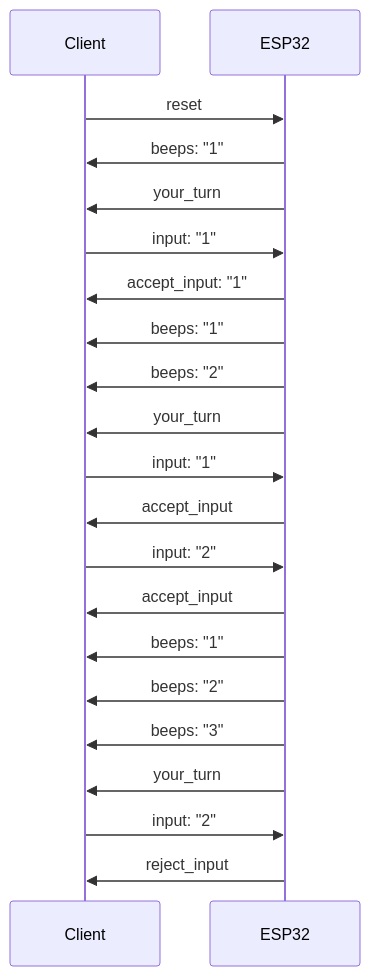
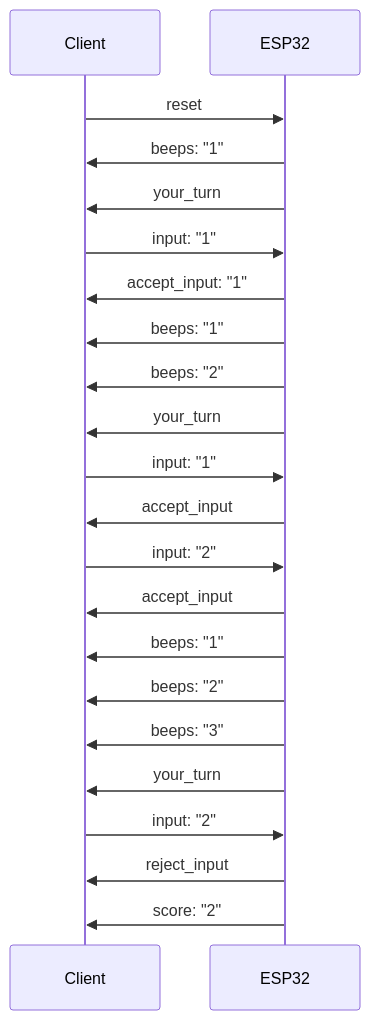
Before and after one commit to rhian-cs/puc-2023-2-iot-final-project: the diagram in frontend/README.md, drawn with Mermaid.

Commit message:
🐎 Add score

````diff
--- a/frontend/README.md
+++ b/frontend/README.md
@@ -32,27 +32,28 @@
 ```mermaid
 sequenceDiagram
 Client->>ESP32: reset
 
 ESP32->>Client: beeps: "1"
 ESP32->>Client: your_turn
 
 Client->>ESP32: input: "1"
 ESP32->>Client: accept_input: "1"
 
 ESP32->>Client: beeps: "1"
 ESP32->>Client: beeps: "2"
 ESP32->>Client: your_turn
 
 Client->>ESP32: input: "1"
 ESP32->>Client: accept_input
 Client->>ESP32: input: "2"
 ESP32->>Client: accept_input
 
 ESP32->>Client: beeps: "1"
 ESP32->>Client: beeps: "2"
 ESP32->>Client: beeps: "3"
 ESP32->>Client: your_turn
 
 Client->>ESP32: input: "2"
 ESP32->>Client: reject_input
+ESP32->>Client: score: "2"
 ```
````
